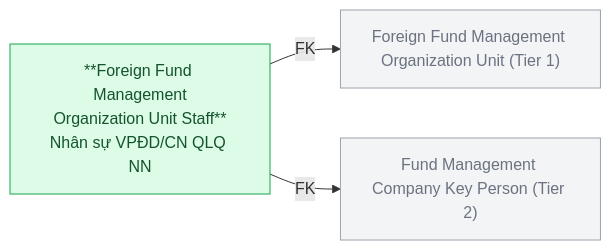
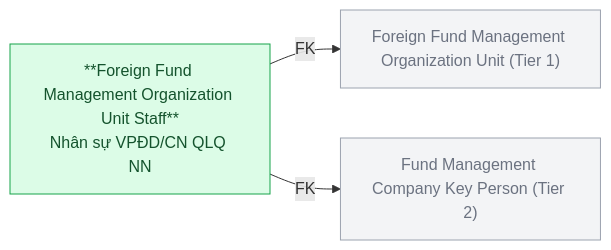
The sixth of 12 diagrams in Silver/hld/FMS_HLD_Tier3.md (linhlvit/ubck_atomic_design), drawn with Mermaid before and after one commit. The commit also changed 14 other files, not shown here.

````diff
--- a/Silver/hld/FMS_HLD_Tier3.md
+++ b/Silver/hld/FMS_HLD_Tier3.md
@@ -151,12 +151,12 @@
 ```mermaid
 graph LR
     classDef silver fill:#dcfce7,stroke:#16a34a,color:#14532d
     classDef refnode fill:#f3f4f6,stroke:#9ca3af,color:#6b7280
 
     FGOU["Foreign Fund Management Organization Unit (Tier 1)"]:::refnode
     KP["Fund Management Company Key Person (Tier 2)"]:::refnode
-    STF["**Foreign Fund Management\nOrganization Unit Staff**\nNhân sự VPĐD/CN QLQ NN"]:::silver
+    STF["**Foreign Fund Management Organization Unit Staff**\nNhân sự VPĐD/CN QLQ NN"]:::silver
 
     STF -->|FK| FGOU
     STF -->|FK| KP
 ```
````
